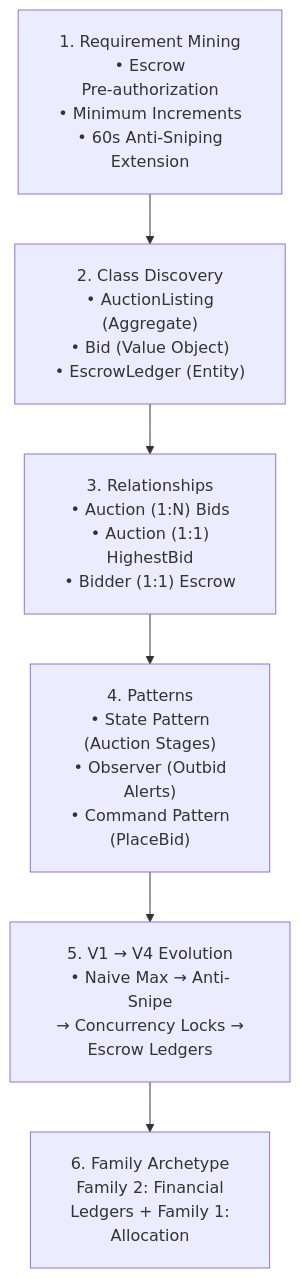
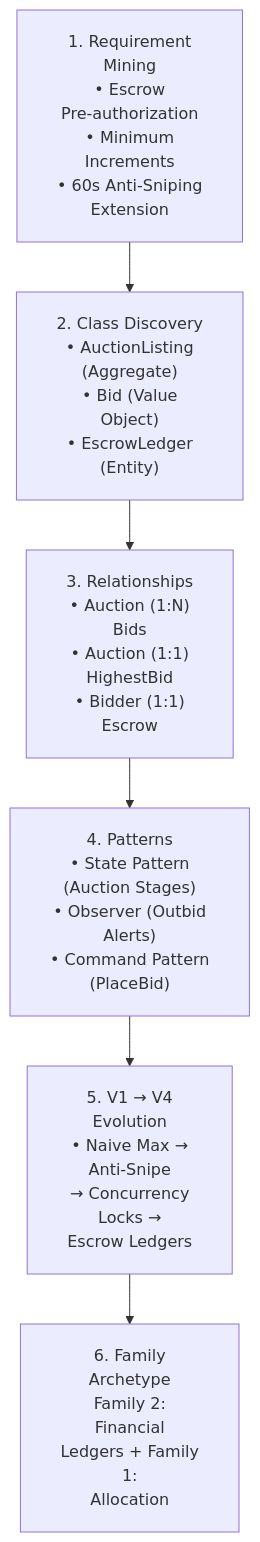
One commit to dip4k/DSA_102 changed the first of 2 diagrams in LLD/04_Tier4_Senior_Backend/36_Online_Auction_System.md. Above: the diagram before and after it, drawn with Mermaid. The commit also changed 106 other files, not shown here.

First line of the commit message:
fix(mermaid): prevent text clipping with foreignObject overflow and tighter line wrapping

````diff
--- a/LLD/04_Tier4_Senior_Backend/36_Online_Auction_System.md
+++ b/LLD/04_Tier4_Senior_Backend/36_Online_Auction_System.md
@@ -14,9 +14,9 @@
 ```mermaid
-%%{init: {"flowchart": {"htmlLabels": true, "padding": 20}}}%%
+%%{init: {"flowchart": {"htmlLabels": true, "padding": 20}, "themeCSS": "foreignObject { overflow: visible !important; }"}}%%
 flowchart TD
-    A["1. Requirement Mining<br/>• Escrow<br/>Pre-authorization<br/>• Minimum Increments<br/>• 60s Anti-Sniping<br/>Extension"] --> B["2. Class Discovery<br/>• AuctionListing<br/>(Aggregate)<br/>• Bid (Value Object)<br/>• EscrowLedger (Entity)"]
-    B --> C["3. Relationships<br/>• Auction (1:N) Bids<br/>• Auction (1:1)<br/>HighestBid<br/>• Bidder (1:1) Escrow"]
+    A["1. Requirement<br/>Mining<br/>• Escrow<br/>Pre-authorization<br/>• Minimum<br/>Increments<br/>• 60s Anti-Sniping<br/>Extension"] --> B["2. Class Discovery<br/>• AuctionListing<br/>(Aggregate)<br/>• Bid (Value<br/>Object)<br/>• EscrowLedger<br/>(Entity)"]
+    B --> C["3. Relationships<br/>• Auction (1:N)<br/>Bids<br/>• Auction (1:1)<br/>HighestBid<br/>• Bidder (1:1)<br/>Escrow"]
     C --> D["4. Patterns<br/>• State Pattern<br/>(Auction Stages)<br/>• Observer (Outbid<br/>Alerts)<br/>• Command Pattern<br/>(PlaceBid)"]
-    D --> E["5. V1 → V4 Evolution<br/>• Naive Max → Anti-Snipe<br/>→ Concurrency Locks →<br/>Escrow Ledgers"]
-    E --> F["6. Family Archetype<br/>Family 2: Financial<br/>Ledgers + Family 1:<br/>Allocation"]
+    D --> E["5. V1 → V4<br/>Evolution<br/>• Naive Max →<br/>Anti-Snipe<br/>→ Concurrency<br/>Locks →<br/>Escrow Ledgers"]
+    E --> F["6. Family<br/>Archetype<br/>Family 2:<br/>Financial<br/>Ledgers + Family<br/>1:<br/>Allocation"]
 ```
````
